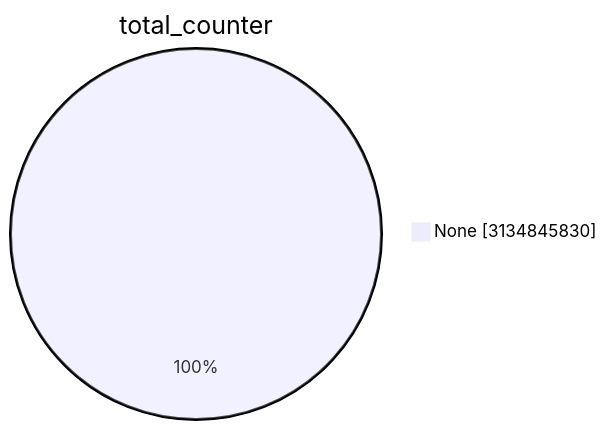
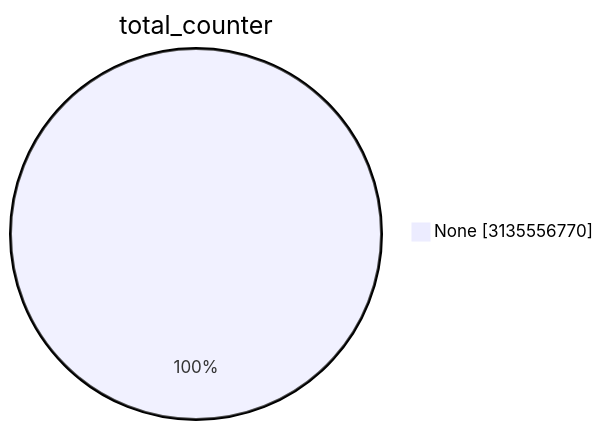
Before and after one commit to christiankrug/ctmonitor_visualization: the first of 15 diagrams in TOTAL/README.md, drawn with Mermaid. The commit also changed other lines of this file, not shown here.

````diff
--- a/TOTAL/README.md
+++ b/TOTAL/README.md
@@ -1,5 +1,5 @@
 ```mermaid
 pie showData
 title total_counter
-"None" :3134845830
+"None" :3135556770
 ```
````
